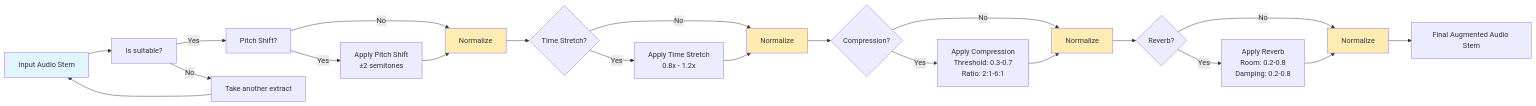
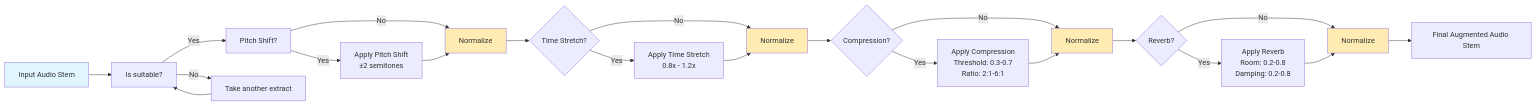
Before and after one commit to adriangar8/STMAE_music_source_separation: the first of 3 diagrams in src/data/README.md, drawn with Mermaid.

````diff
--- a/src/data/README.md
+++ b/src/data/README.md
@@ -30,35 +30,35 @@
 ```mermaid
 flowchart LR
     A[Input Audio Stem] --> B[Is suitable?]
 
     B -->|Yes| C1[Pitch Shift?]
     B -->|No| C[Take another extract]
 
-    C --> A
+    C --> B
 
     C1 -->|Yes| D1[Apply Pitch Shift<br/>±2 semitones]
     C1 -->|No| N1[Normalize]
     D1 --> N1[Normalize]
     
     N1 --> C2{Time Stretch?}
     C2 -->|Yes| D2[Apply Time Stretch<br/>0.8x - 1.2x]
     C2 -->|No| N2[Normalize]
     D2 --> N2[Normalize]
  
     N2 --> C3{Compression?}
     C3 -->|Yes| D3[Apply Compression<br/>Threshold: 0.3-0.7<br/>Ratio: 2:1-6:1]
     C3 -->|No| N3[Normalize]
     D3 --> N3[Normalize]
 
     N3 --> C4{Reverb?}
     C4 -->|Yes| D4[Apply Reverb<br/>Room: 0.2-0.8<br/>Damping: 0.2-0.8]
     C4 -->|No| N4[Normalize]
     D4 --> N4[Normalize]
     
     N4 --> G[Final Augmented Audio Stem]
  style A fill:#e1f5fe
 style N1 fill:#ffecb3
 style N2 fill:#ffecb3
 style N3 fill:#ffecb3
 style N4 fill:#ffecb3
 ```
````
